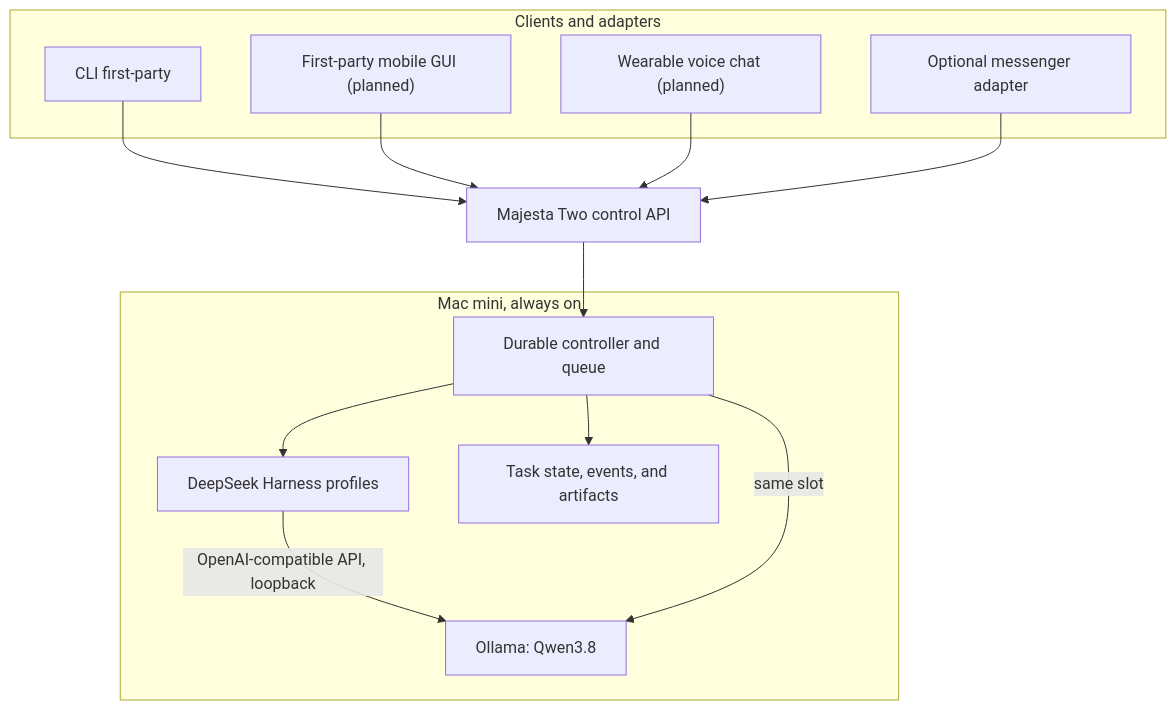
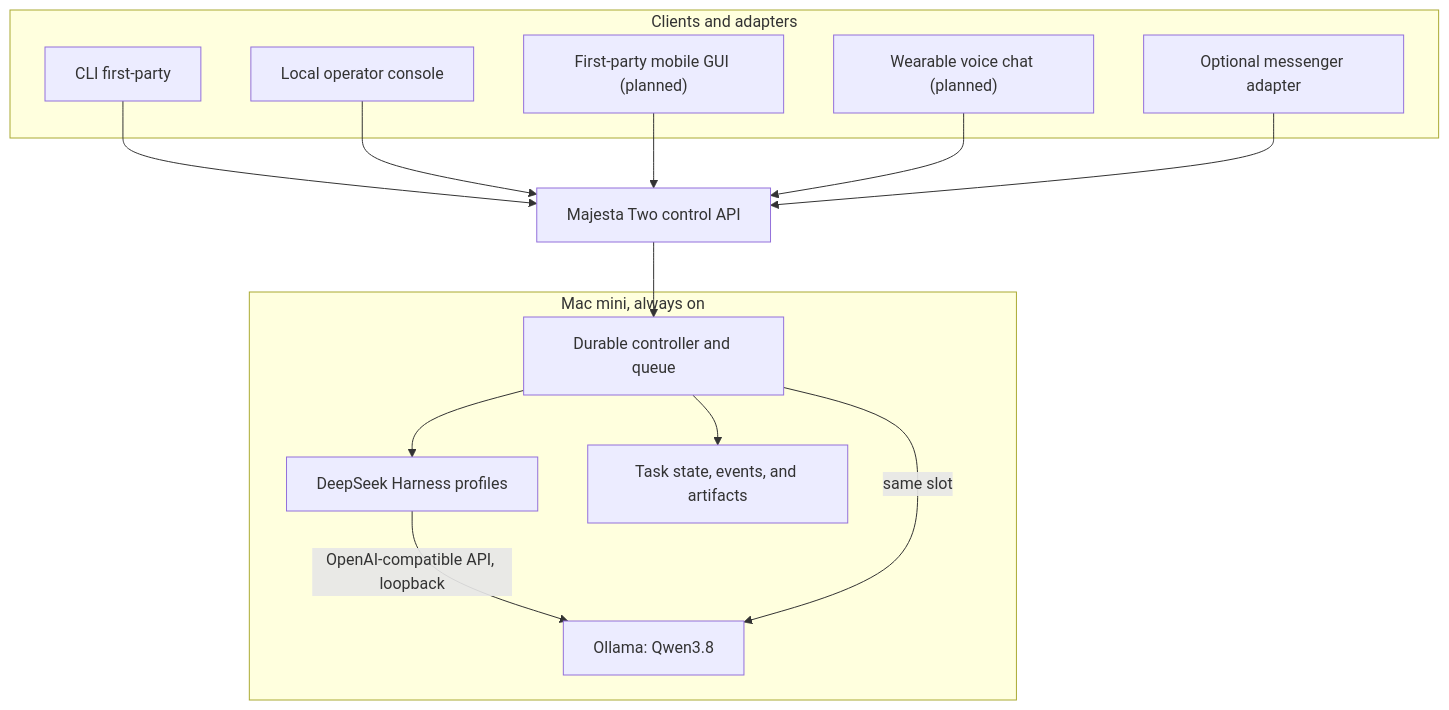
One commit to MajestaNet/two changed the first of 3 diagrams in docs/architecture.md. Above: the diagram before and after it, drawn with Mermaid. The commit also changed other lines of this file and 39 other files, not shown here.

First line of the commit message:
feat: add a loopback operator console (#67)

````diff
--- a/docs/architecture.md
+++ b/docs/architecture.md
@@ -114,20 +114,22 @@
 ```mermaid
 flowchart TB
     subgraph Channels["Clients and adapters"]
         CLI["CLI first-party"]
+        CONSOLE["Local operator console"]
         MOBILE["First-party mobile GUI (planned)"]
         VOICE["Wearable voice chat (planned)"]
         MSG["Optional messenger adapter"]
     end
     CLI --> API["Majesta Two control API"]
+    CONSOLE --> API
     MOBILE --> API
     VOICE --> API
     MSG --> API
     API --> C["Durable controller and queue"]
     subgraph Mini["Mac mini, always on"]
         C --> H["DeepSeek Harness profiles"]
         C --> S["Task state, events, and artifacts"]
         H -->|"OpenAI-compatible API, loopback"| M["Ollama: Qwen3.8"]
         C -->|"same slot"| M
     end
 ```
````
